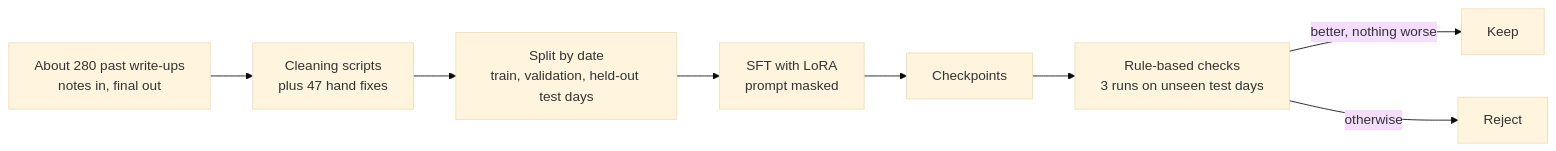
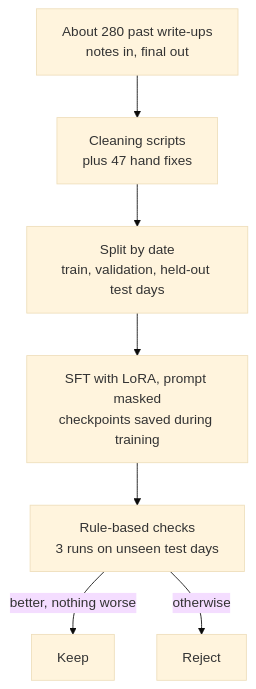
One commit to p-gaf/eval-drafting-finetune changed the diagram in README.md. Above: the diagram before and after it, drawn with Mermaid (base theme).

Commit message:
Make the diagram easier to read

````diff
--- a/README.md
+++ b/README.md
@@ -43,10 +43,9 @@
 ```mermaid
-flowchart LR
+flowchart TD
     A["About 280 past write-ups<br/>notes in, final out"] --> B["Cleaning scripts<br/>plus 47 hand fixes"]
     B --> C["Split by date<br/>train, validation, held-out test days"]
-    C --> D["SFT with LoRA<br/>prompt masked"]
-    D --> E["Checkpoints"]
-    E --> F["Rule-based checks<br/>3 runs on unseen test days"]
+    C --> D["SFT with LoRA, prompt masked<br/>checkpoints saved during training"]
+    D --> F["Rule-based checks<br/>3 runs on unseen test days"]
     F -->|"better, nothing worse"| K["Keep"]
     F -->|"otherwise"| X["Reject"]
 ```
````
